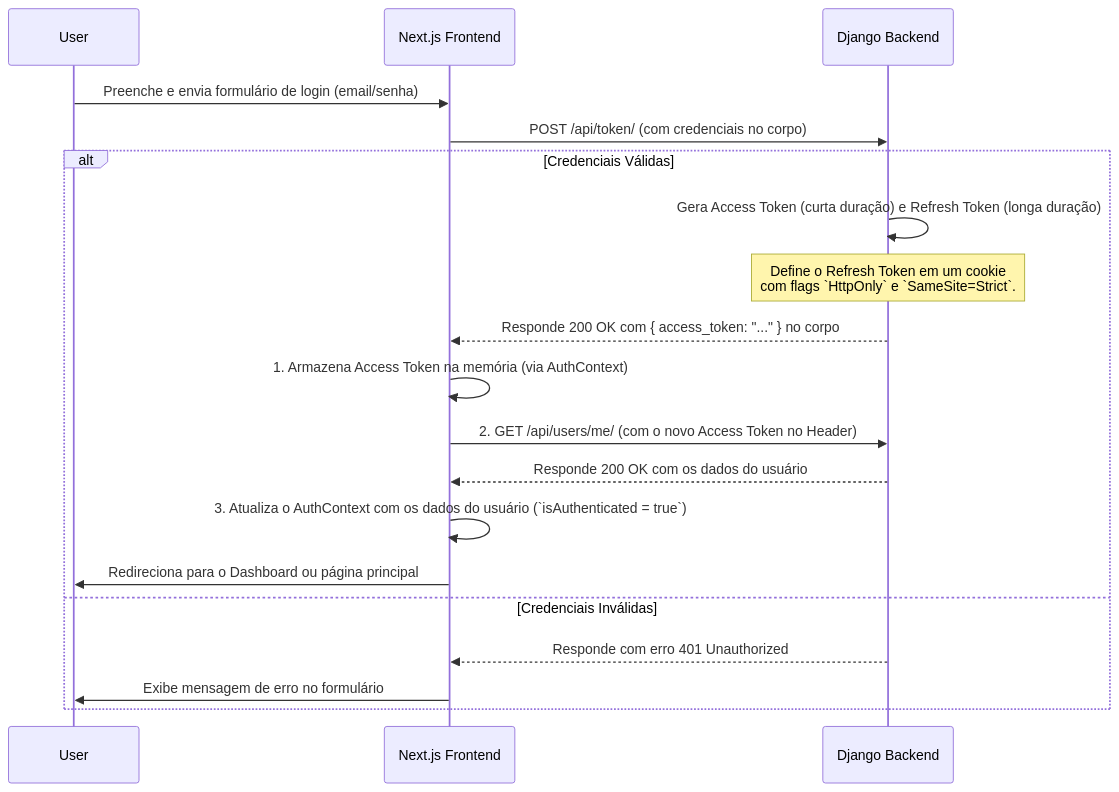
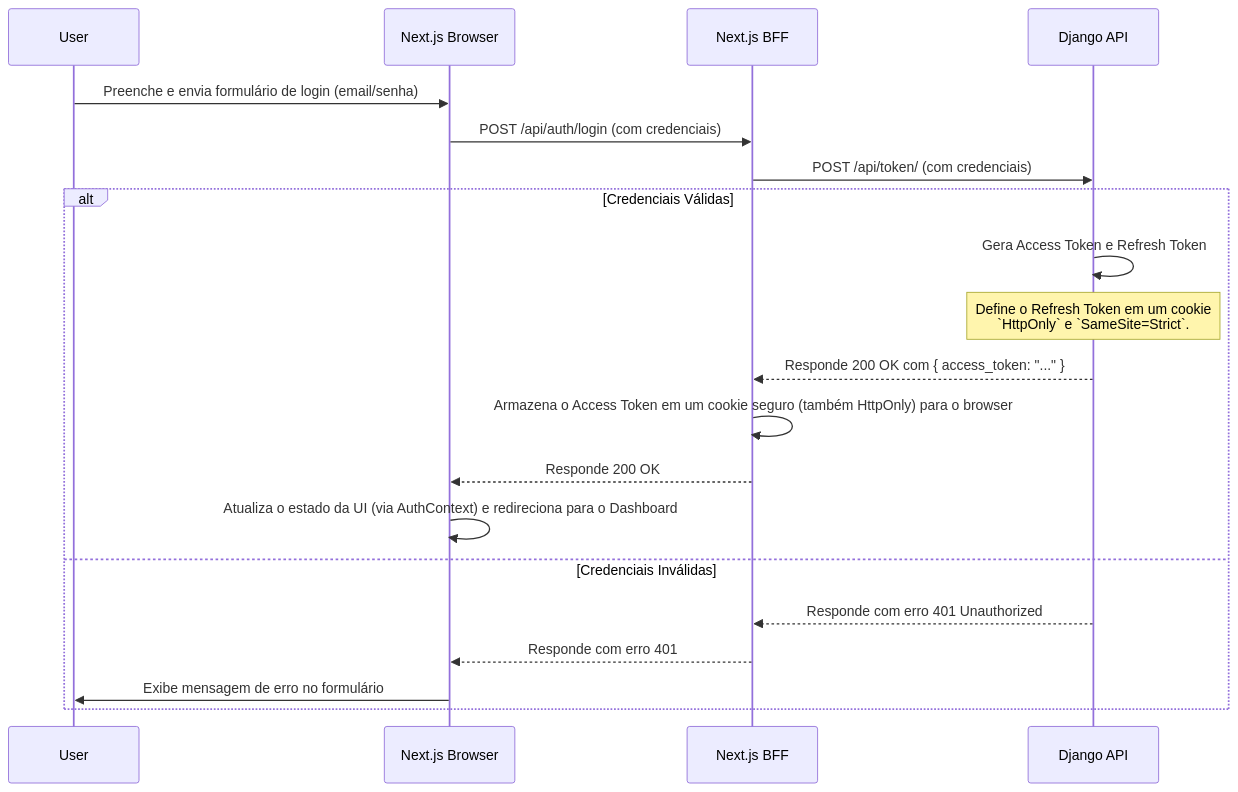
The diagram in ui/SYSTEM_FLOWS.md (edududs/PoliticSystem), drawn with Mermaid before and after one commit. The commit also changed other lines of this file and 6 other files, not shown here.

First line of the commit message:
Document high-level architecture and implement Backend for Frontend (BFF) pattern

````diff
--- a/ui/SYSTEM_FLOWS.md
+++ b/ui/SYSTEM_FLOWS.md
@@ -9,25 +9,26 @@
 ```mermaid
 sequenceDiagram
     participant User
-    participant Next.js Frontend
-    participant Django Backend
+    participant Next.js Browser
+    participant Next.js BFF
+    participant Django API
 
-    User->>Next.js Frontend: Preenche e envia formulário de login (email/senha)
-    Next.js Frontend->>Django Backend: POST /api/token/ (com credenciais no corpo)
+    User->>Next.js Browser: Preenche e envia formulário de login (email/senha)
+    Next.js Browser->>Next.js BFF: POST /api/auth/login (com credenciais)
+    Next.js BFF->>Django API: POST /api/token/ (com credenciais)
 
     alt Credenciais Válidas
-        Django Backend->>Django Backend: Gera Access Token (curta duração) e Refresh Token (longa duração)
-        Note over Django Backend: Define o Refresh Token em um cookie<br/>com flags `HttpOnly` e `SameSite=Strict`.
-        Django Backend-->>Next.js Frontend: Responde 200 OK com { access_token: "..." } no corpo
+        Django API->>Django API: Gera Access Token e Refresh Token
+        Note over Django API: Define o Refresh Token em um cookie<br/>`HttpOnly` e `SameSite=Strict`.
+        Django API-->>Next.js BFF: Responde 200 OK com { access_token: "..." }
 
-        Next.js Frontend->>Next.js Frontend: 1. Armazena Access Token na memória (via AuthContext)
-        Next.js Frontend->>Django Backend: 2. GET /api/users/me/ (com o novo Access Token no Header)
-        Django Backend-->>Next.js Frontend: Responde 200 OK com os dados do usuário
+        Next.js BFF->>Next.js BFF: Armazena o Access Token em um cookie seguro (também HttpOnly) para o browser
+        Next.js BFF-->>Next.js Browser: Responde 200 OK
 
-        Next.js Frontend->>Next.js Frontend: 3. Atualiza o AuthContext com os dados do usuário (`isAuthenticated = true`)
-        Next.js Frontend->>User: Redireciona para o Dashboard ou página principal
+        Next.js Browser->>Next.js Browser: Atualiza o estado da UI (via AuthContext) e redireciona para o Dashboard
     else Credenciais Inválidas
-        Django Backend-->>Next.js Frontend: Responde com erro 401 Unauthorized
-        Next.js Frontend->>User: Exibe mensagem de erro no formulário
+        Django API-->>Next.js BFF: Responde com erro 401 Unauthorized
+        Next.js BFF-->>Next.js Browser: Responde com erro 401
+        Next.js Browser->>User: Exibe mensagem de erro no formulário
     end
 ```
````
